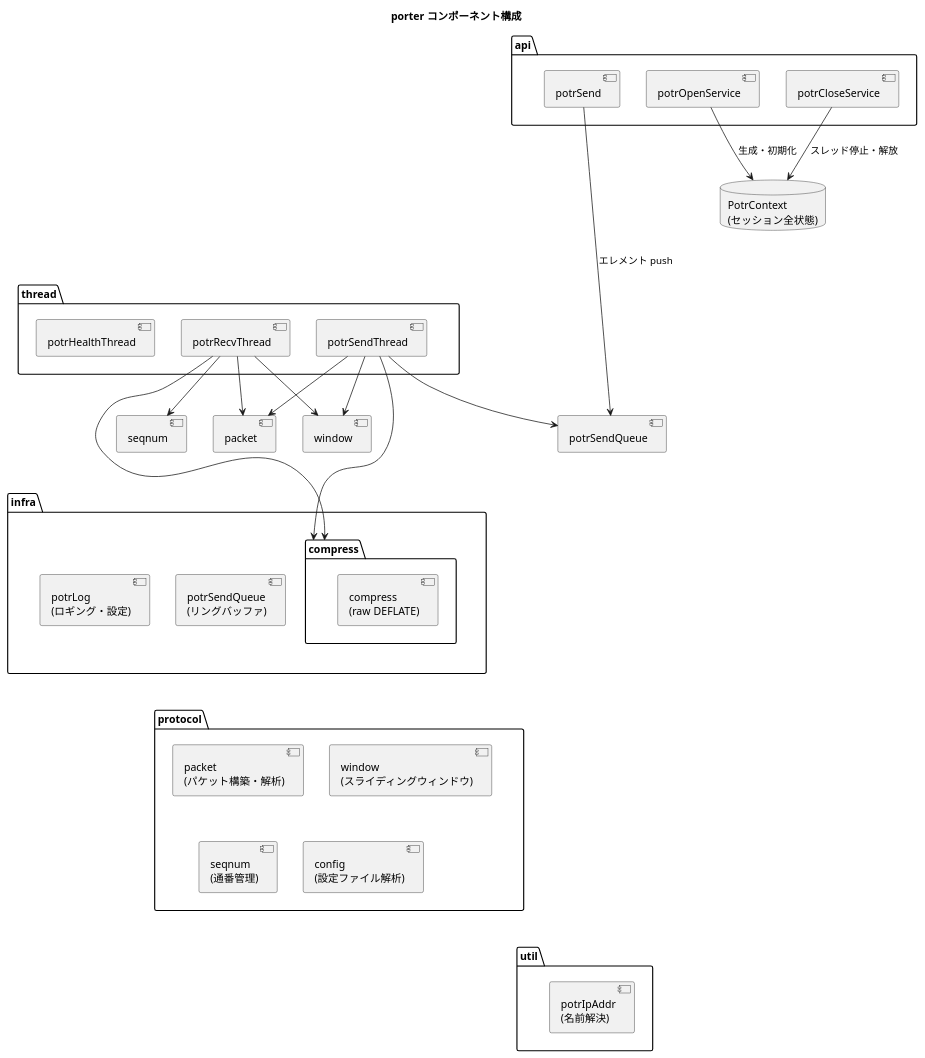
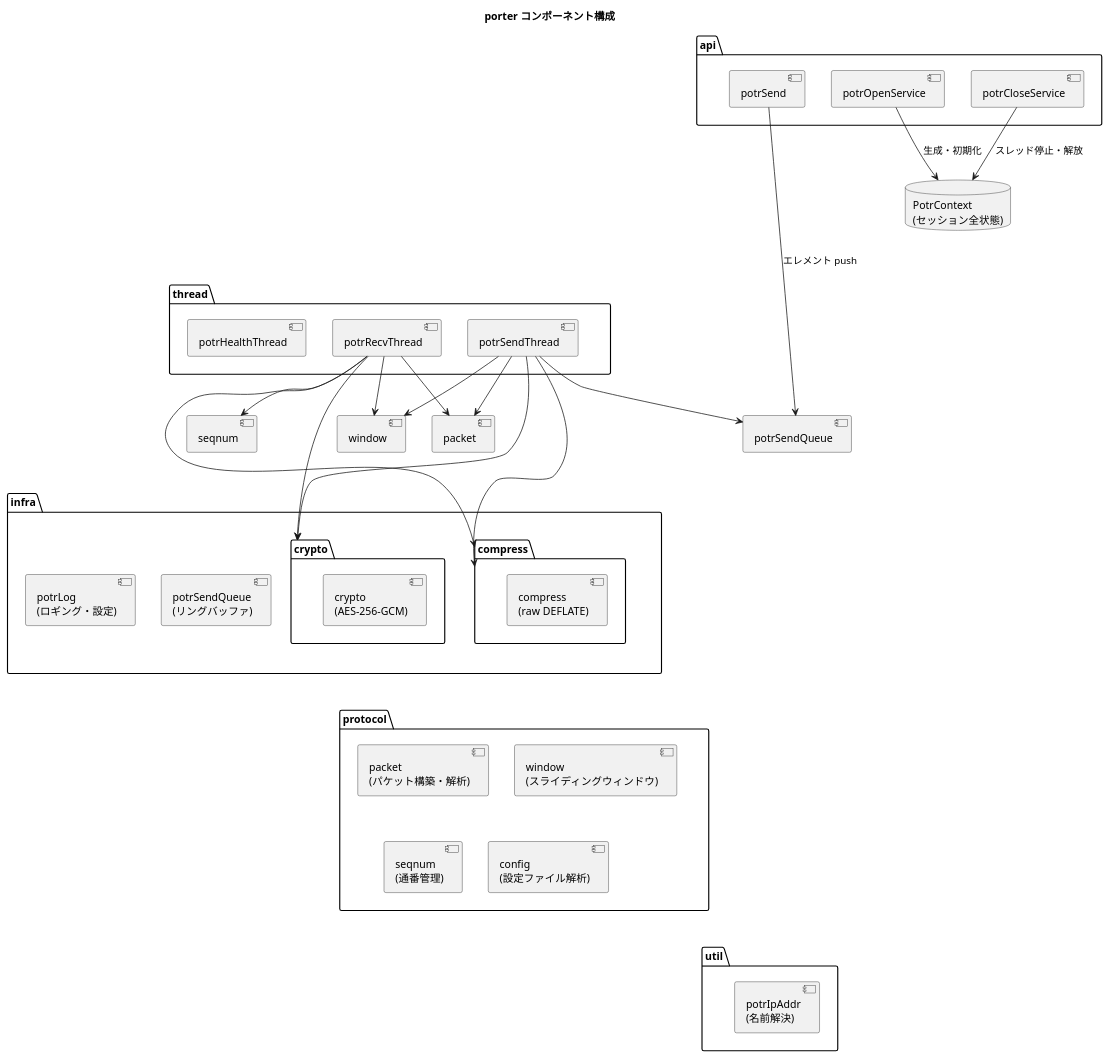
One commit to Hondarer/c-modernization-kit changed the second of 2 diagrams in prod/porter/docs/architecture.md. Above: the diagram before and after it, drawn with PlantUML. The commit also changed other lines of this file and 17 other files, not shown here.

Commit message:
AES-256-GCM

````diff
--- a/prod/porter/docs/architecture.md
+++ b/prod/porter/docs/architecture.md
@@ -68,58 +68,63 @@
 ```plantuml
 @startuml
 title porter コンポーネント構成
 
 package "api" {
   [potrOpenService]
   [potrSend]
   [potrCloseService]
 }
 
 package "thread" {
   [potrRecvThread]
   [potrSendThread]
   [potrHealthThread]
 }
 
 package "protocol" {
   [packet\n(パケット構築・解析)]
   [window\n(スライディングウィンドウ)]
   [seqnum\n(通番管理)]
   [config\n(設定ファイル解析)]
 }
 
 package "infra" {
   [potrSendQueue\n(リングバッファ)]
   [potrLog\n(ロギング・設定)]
   package "compress" {
     [compress\n(raw DEFLATE)]
   }
+  package "crypto" {
+    [crypto\n(AES-256-GCM)]
+  }
 }
 
 package "util" {
   [potrIpAddr\n(名前解決)]
 }
 
 database "PotrContext\n(セッション全状態)" as CTX
 
 [potrOpenService] --> CTX : 生成・初期化
 [potrSend] --> [potrSendQueue] : エレメント push
 [potrCloseService] --> CTX : スレッド停止・解放
 
 [potrSendThread] --> [packet]
 [potrSendThread] --> [window]
 [potrSendThread] --> [compress]
+[potrSendThread] --> [crypto]
 [potrSendThread] --> [potrSendQueue]
 
 [potrRecvThread] --> [packet]
 [potrRecvThread] --> [window]
 [potrRecvThread] --> [seqnum]
 [potrRecvThread] --> [compress]
+[potrRecvThread] --> [crypto]
 
 api -[hidden]--thread
 thread -[hidden]-- infra
 api -[hidden]----- protocol
 protocol -[hidden]--util
 
 @enduml
 ```
````
